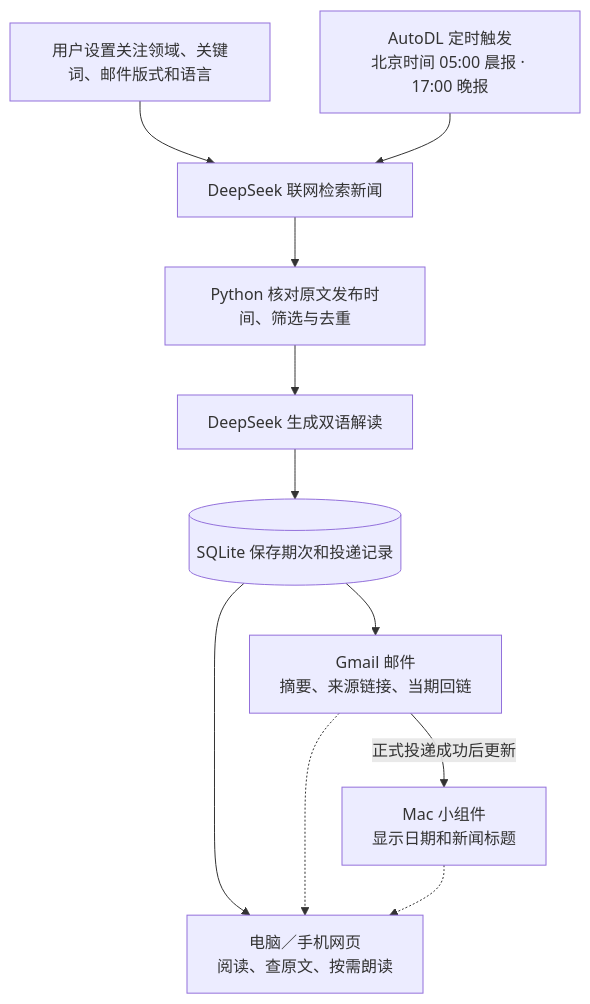
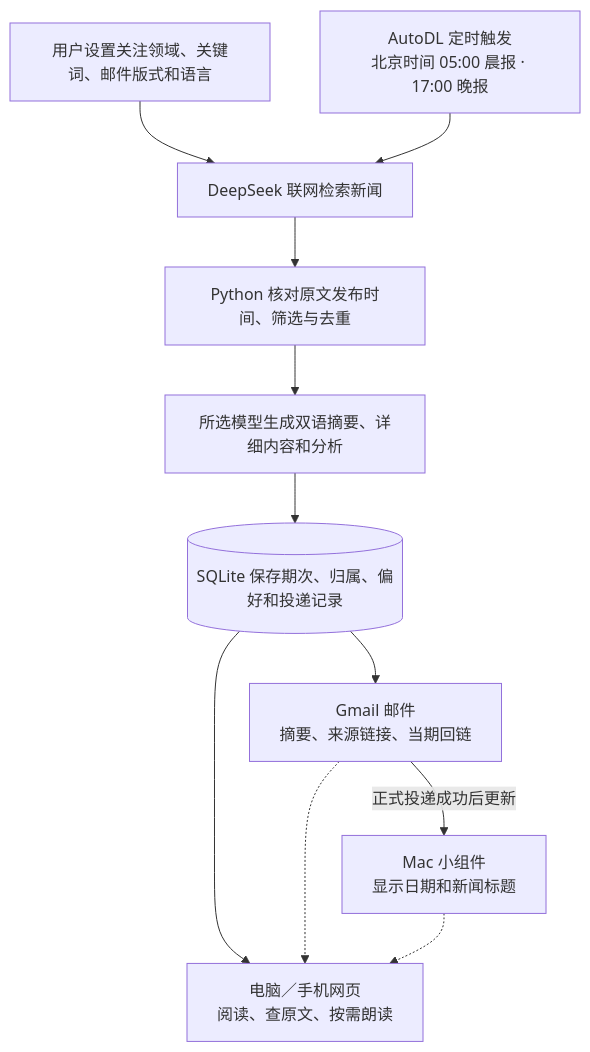
One commit to luminoso909/commute-digest changed the diagram in docs/通勤晨报项目汇报框架.md. Above: the diagram before and after it, drawn with Mermaid. The commit also changed other lines of this file and 32 other files, not shown here.

````diff
--- a/docs/通勤晨报项目汇报框架.md
+++ b/docs/通勤晨报项目汇报框架.md
@@ -9,13 +9,13 @@
 ```mermaid
 flowchart TD
     A["用户设置关注领域、关键词、邮件版式和语言"] --> C
     B["AutoDL 定时触发<br/>北京时间 05:00 晨报 · 17:00 晚报"] --> C
     C["DeepSeek 联网检索新闻"] --> D["Python 核对原文发布时间、筛选与去重"]
-    D --> E["DeepSeek 生成双语解读"]
-    E --> F[("SQLite 保存期次和投递记录")]
+    D --> E["所选模型生成双语摘要、详细内容和分析"]
+    E --> F[("SQLite 保存期次、归属、偏好和投递记录")]
     F --> G["电脑／手机网页<br/>阅读、查原文、按需朗读"]
     F --> H["Gmail 邮件<br/>摘要、来源链接、当期回链"]
     H -->|正式投递成功后更新| I["Mac 小组件<br/>显示日期和新闻标题"]
     H -.-> G
     I -.-> G
 ```
````
